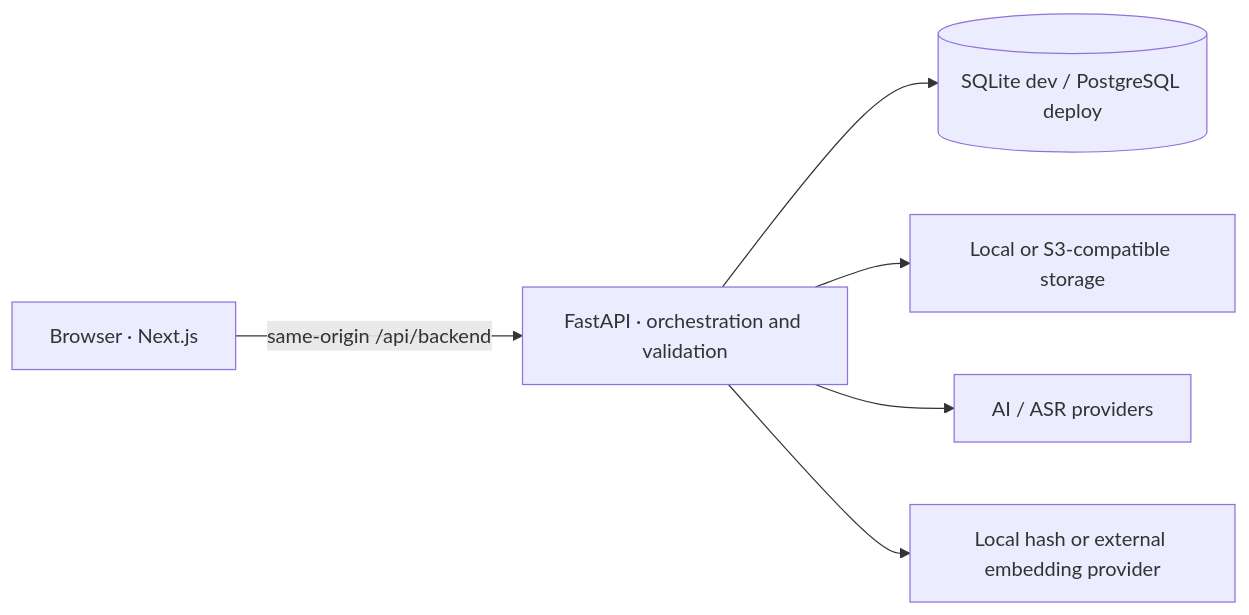
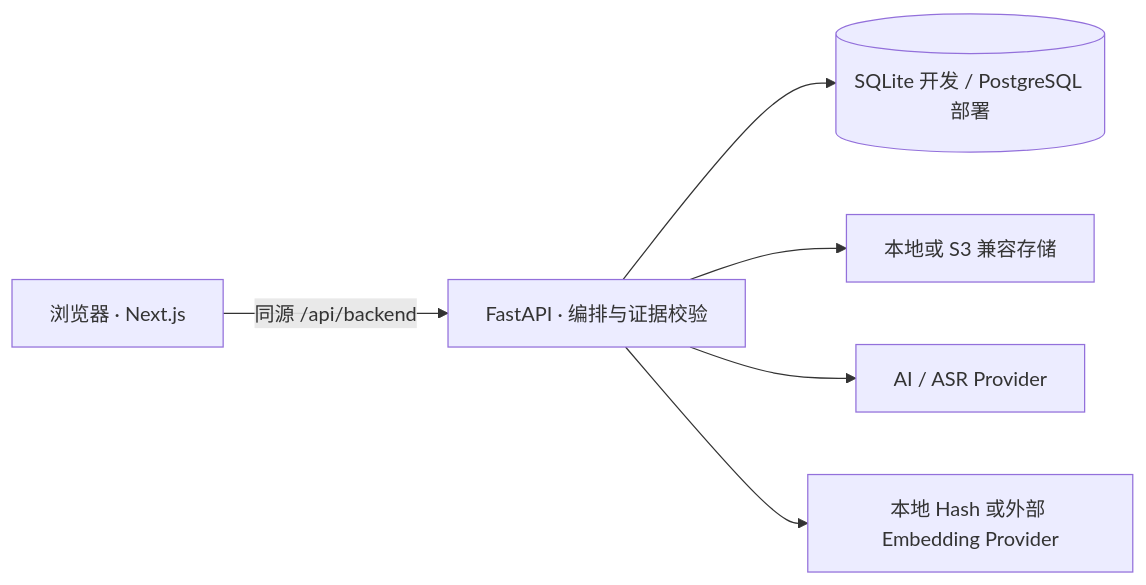
The diagram in README.md (HanzhiOvO/KnowledgeDebt), drawn with Mermaid before and after one commit. The commit also changed other lines of this file and 8 other files, not shown here.

````diff
--- a/README.md
+++ b/README.md
@@ -45,8 +45,8 @@
 ```mermaid
 flowchart LR
-  B["Browser · Next.js"] -->|"same-origin /api/backend"| A["FastAPI · orchestration and validation"]
-  A --> D[("SQLite dev / PostgreSQL deploy")]
-  A --> S["Local or S3-compatible storage"]
-  A --> P["AI / ASR providers"]
-  A --> E["Local hash or external embedding provider"]
+  B["浏览器 · Next.js"] -->|"同源 /api/backend"| A["FastAPI · 编排与证据校验"]
+  A --> D[("SQLite 开发 / PostgreSQL 部署")]
+  A --> S["本地或 S3 兼容存储"]
+  A --> P["AI / ASR Provider"]
+  A --> E["本地 Hash 或外部 Embedding Provider"]
 ```
````
